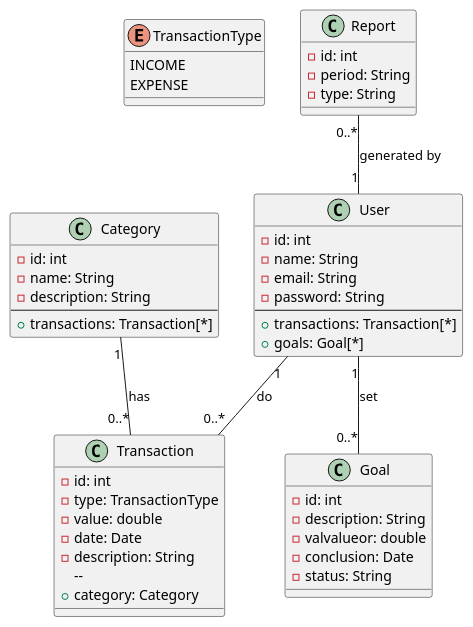
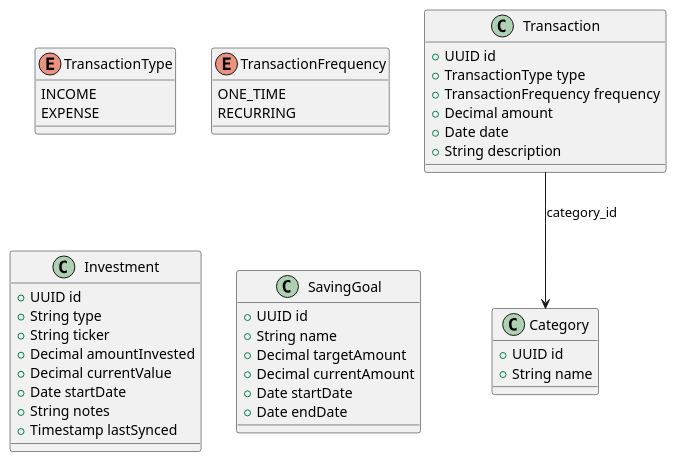
Before and after one commit to 1191830/myfinance: the diagram in docs/DomainModel/DomainModel.puml, drawn with PlantUML. The commit also changed 15 other files, not shown here.

```diff
--- a/docs/DomainModel/DomainModel.puml
+++ b/docs/DomainModel/DomainModel.puml
@@ -1,55 +1,52 @@
 @startuml
 
+' Define Enums
 enum TransactionType {
   INCOME
   EXPENSE
 }
 
-class User {
-  - id: int
-  - name: String
-  - email: String
-  - password: String
-  --
-  + transactions: Transaction[*]
-  + goals: Goal[*]
+enum TransactionFrequency {
+  ONE_TIME
+  RECURRING
 }
 
+' Define Classes
 class Transaction {
-  - id: int
-  - type: TransactionType
-  - value: double
-  - date: Date
-  - description: String
-  -- 
-  + category: Category
+  +UUID id
+  +TransactionType type
+  +TransactionFrequency frequency
+  +Decimal amount
+  +Date date
+  +String description
 }
 
 class Category {
-  - id: int
-  - name: String
-  - description: String
-  --
-  + transactions: Transaction[*]
+  +UUID id
+  +String name
 }
 
-class Goal {
-  - id: int
-  - description: String
-  - valvalueor: double
-  - conclusion: Date
-  - status: String
+class Investment {
+  +UUID id
+  +String type
+  +String ticker
+  +Decimal amountInvested
+  +Decimal currentValue
+  +Date startDate
+  +String notes
+  +Timestamp lastSynced
 }
 
-class Report {
-  - id: int
-  - period: String
-  - type: String
+class SavingGoal {
+  +UUID id
+  +String name
+  +Decimal targetAmount
+  +Decimal currentAmount
+  +Date startDate
+  +Date endDate
 }
 
-User "1" -- "0..*" Transaction : do
-User "1" -- "0..*" Goal : set
-Category "1" -- "0..*" Transaction : has
-Report "0..*" -- "1" User : generated by
+' Relationships
+Transaction --> Category : category_id
 
 @enduml
```
